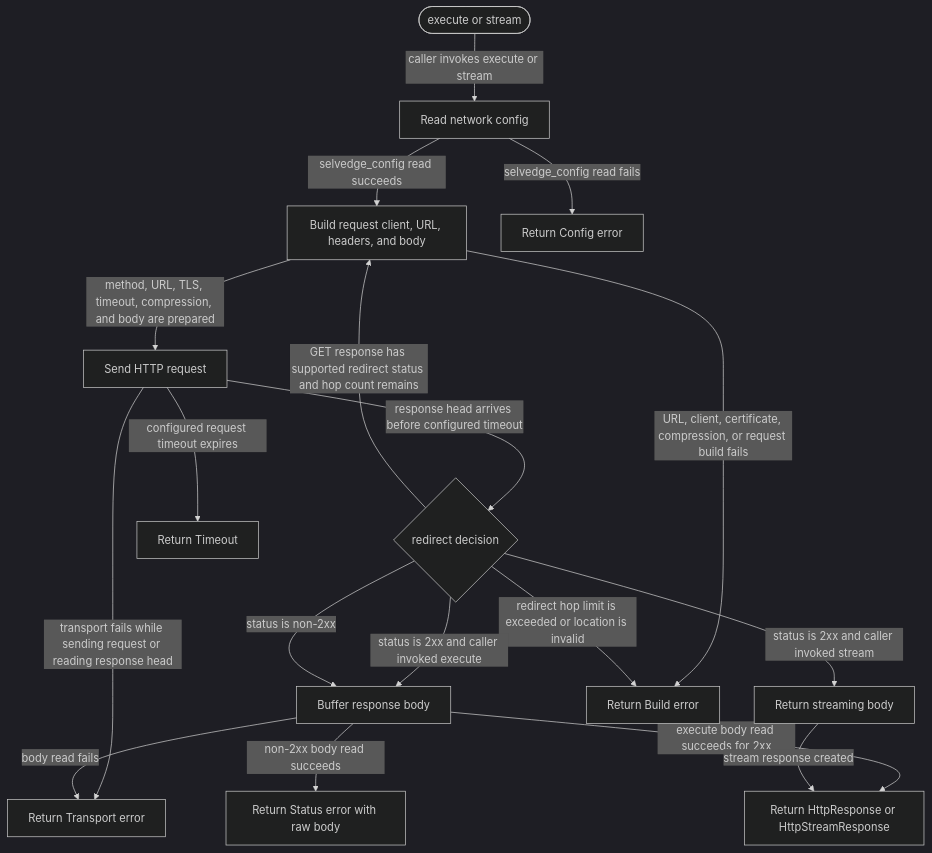
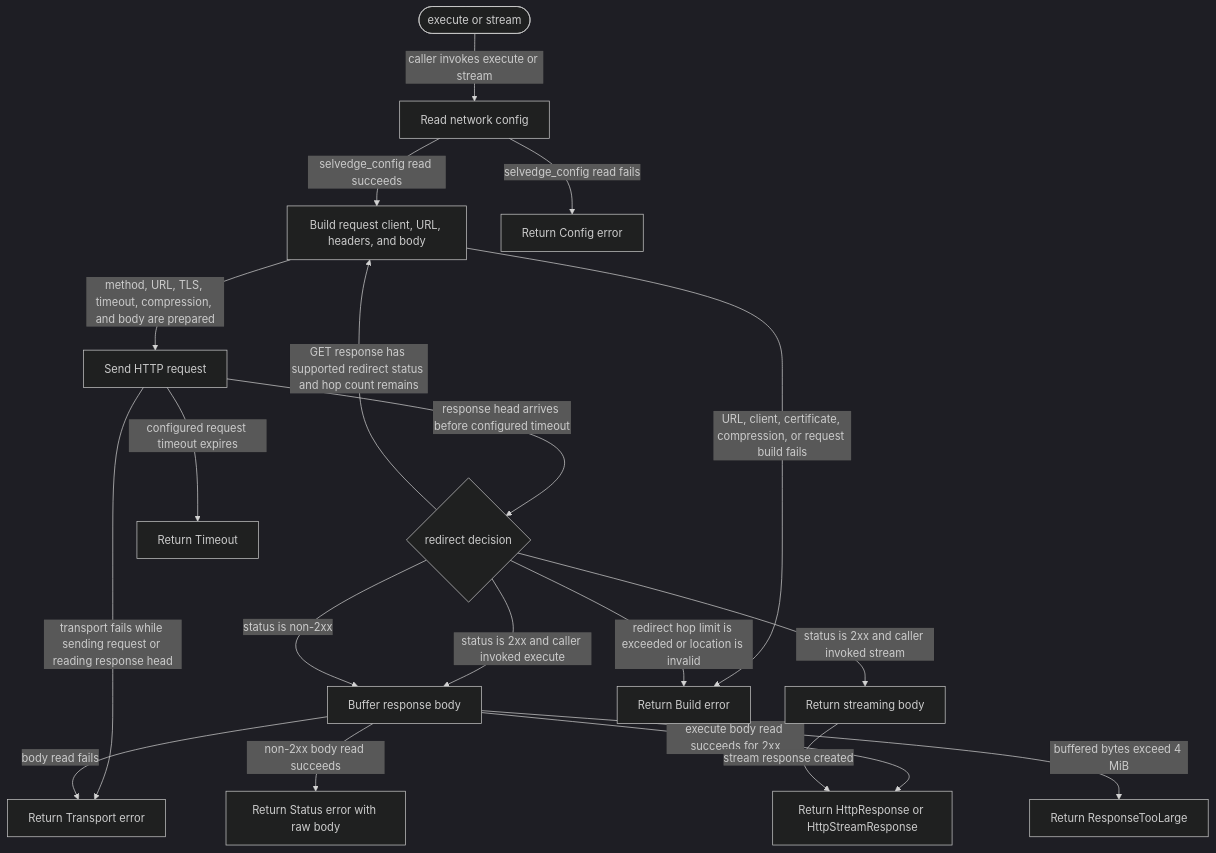
One commit to JiaJunDeng5930/Selvedge changed the diagram in crates/client/README.md. Above: the diagram before and after it, drawn with Mermaid (dark theme). The commit also changed other lines of this file and 28 other files, not shown here.

````diff
--- a/crates/client/README.md
+++ b/crates/client/README.md
@@ -85,34 +86,36 @@
 ```mermaid
 flowchart TD
   Start([execute or stream])
   ReadConfig[Read network config]
   Prepare[Build request client, URL, headers, and body]
   Send[Send HTTP request]
   Redirect{redirect decision}
   Buffer[Buffer response body]
   OpenBody[Return streaming body]
   Success[Return HttpResponse or HttpStreamResponse]
   ConfigError[Return Config error]
   BuildError[Return Build error]
   TransportError[Return Transport error]
   StatusError[Return Status error with raw body]
   TimeoutError[Return Timeout]
+  TooLarge[Return ResponseTooLarge]
 
   Start -->|caller invokes execute or stream| ReadConfig
   ReadConfig -->|selvedge_config read succeeds| Prepare
   ReadConfig -->|selvedge_config read fails| ConfigError
   Prepare -->|method, URL, TLS, timeout, compression, and body are prepared| Send
   Prepare -->|URL, client, certificate, compression, or request build fails| BuildError
   Send -->|response head arrives before configured timeout| Redirect
   Send -->|transport fails while sending request or reading response head| TransportError
   Send -->|configured request timeout expires| TimeoutError
   Redirect -->|GET response has supported redirect status and hop count remains| Prepare
   Redirect -->|redirect hop limit is exceeded or location is invalid| BuildError
   Redirect -->|status is 2xx and caller invoked execute| Buffer
   Redirect -->|status is 2xx and caller invoked stream| OpenBody
   Redirect -->|status is non-2xx| Buffer
   Buffer -->|execute body read succeeds for 2xx| Success
   Buffer -->|non-2xx body read succeeds| StatusError
   Buffer -->|body read fails| TransportError
+  Buffer -->|buffered bytes exceed 4 MiB| TooLarge
   OpenBody -->|stream response created| Success
 ```
````
